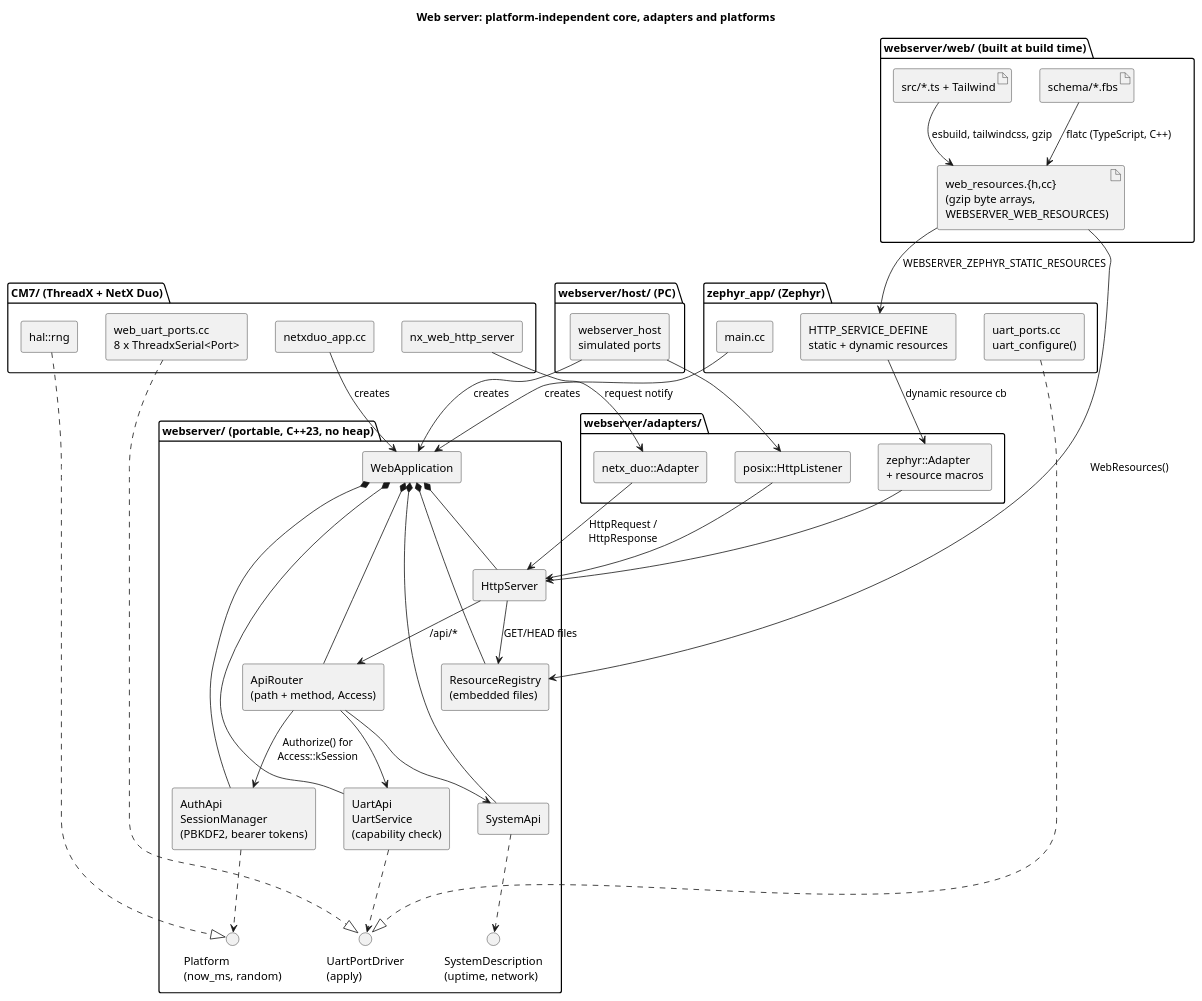
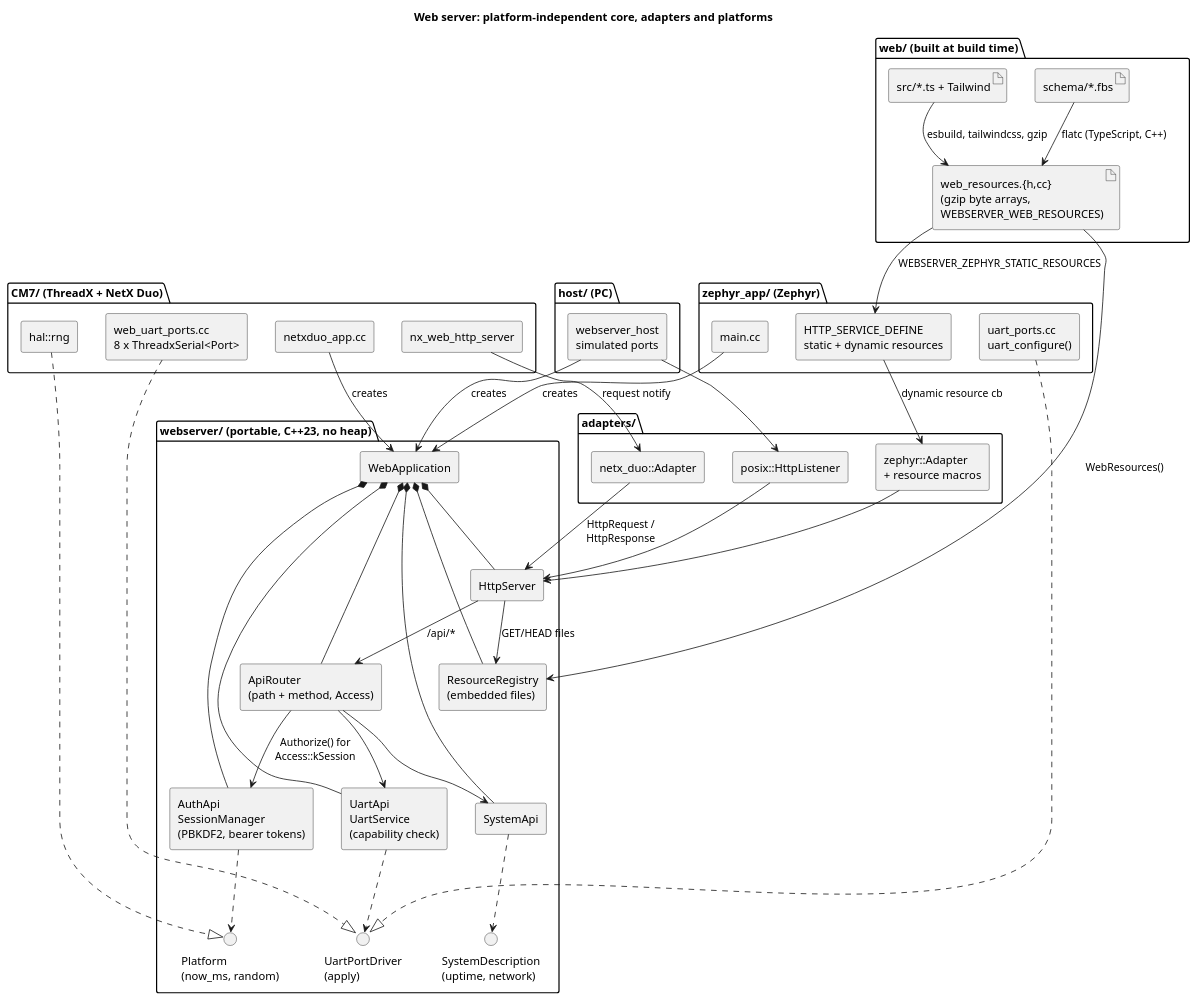
Before and after one commit to ertekinsener/embedded-webserver: the diagram in docs/webserver_components.puml, drawn with PlantUML. The commit also changed 18 other files, not shown here.

```diff
--- a/docs/webserver_components.puml
+++ b/docs/webserver_components.puml
@@ -1,79 +1,79 @@
 @startuml webserver_components
 title Web server: platform-independent core, adapters and platforms
 
 skinparam componentStyle rectangle
 
 package "webserver/ (portable, C++23, no heap)" {
   component "WebApplication" as App
   component "HttpServer" as Server
   component "ResourceRegistry\n(embedded files)" as Resources
   component "ApiRouter\n(path + method, Access)" as Router
   component "AuthApi\nSessionManager\n(PBKDF2, bearer tokens)" as Auth
   component "UartApi\nUartService\n(capability check)" as Uart
   component "SystemApi" as System
   interface "Platform\n(now_ms, random)" as Platform
   interface "UartPortDriver\n(apply)" as Driver
   interface "SystemDescription\n(uptime, network)" as SysInfo
 
   App *-- Server
   App *-- Resources
   App *-- Router
   App *-- Auth
   App *-- Uart
   App *-- System
   Server --> Resources : GET/HEAD files
   Server --> Router : /api/*
   Router --> Auth : Authorize() for\nAccess::kSession
   Router --> Uart
   Router --> System
   Auth ..> Platform
   Uart ..> Driver
   System ..> SysInfo
 }
 
-package "webserver/adapters/" {
+package "adapters/" {
   component "netx_duo::Adapter" as NetxAdapter
   component "zephyr::Adapter\n+ resource macros" as ZephyrAdapter
   component "posix::HttpListener" as PosixAdapter
 }
 
 NetxAdapter --> Server : HttpRequest /\nHttpResponse
 ZephyrAdapter --> Server
 PosixAdapter --> Server
 
 package "CM7/ (ThreadX + NetX Duo)" {
   component "nx_web_http_server" as NxWeb
   component "netxduo_app.cc" as CmApp
   component "web_uart_ports.cc\n8 x ThreadxSerial<Port>" as CmPorts
   component "hal::rng" as Rng
 }
 NxWeb --> NetxAdapter : request notify
 CmApp --> App : creates
 CmPorts ..|> Driver
 Rng ..|> Platform
 
 package "zephyr_app/ (Zephyr)" {
   component "HTTP_SERVICE_DEFINE\nstatic + dynamic resources" as ZService
   component "main.cc" as ZMain
   component "uart_ports.cc\nuart_configure()" as ZPorts
 }
 ZService --> ZephyrAdapter : dynamic resource cb
 ZMain --> App : creates
 ZPorts ..|> Driver
 
-package "webserver/host/ (PC)" {
+package "host/ (PC)" {
   component "webserver_host\nsimulated ports" as Host
 }
 Host --> PosixAdapter
 Host --> App : creates
 
-package "webserver/web/ (built at build time)" {
+package "web/ (built at build time)" {
   artifact "schema/*.fbs" as Schemas
   artifact "src/*.ts + Tailwind" as Ui
   artifact "web_resources.{h,cc}\n(gzip byte arrays,\nWEBSERVER_WEB_RESOURCES)" as Generated
 }
 Schemas --> Generated : flatc (TypeScript, C++)
 Ui --> Generated : esbuild, tailwindcss, gzip
 Generated --> Resources : WebResources()
 Generated --> ZService : WEBSERVER_ZEPHYR_STATIC_RESOURCES
 @enduml
```
